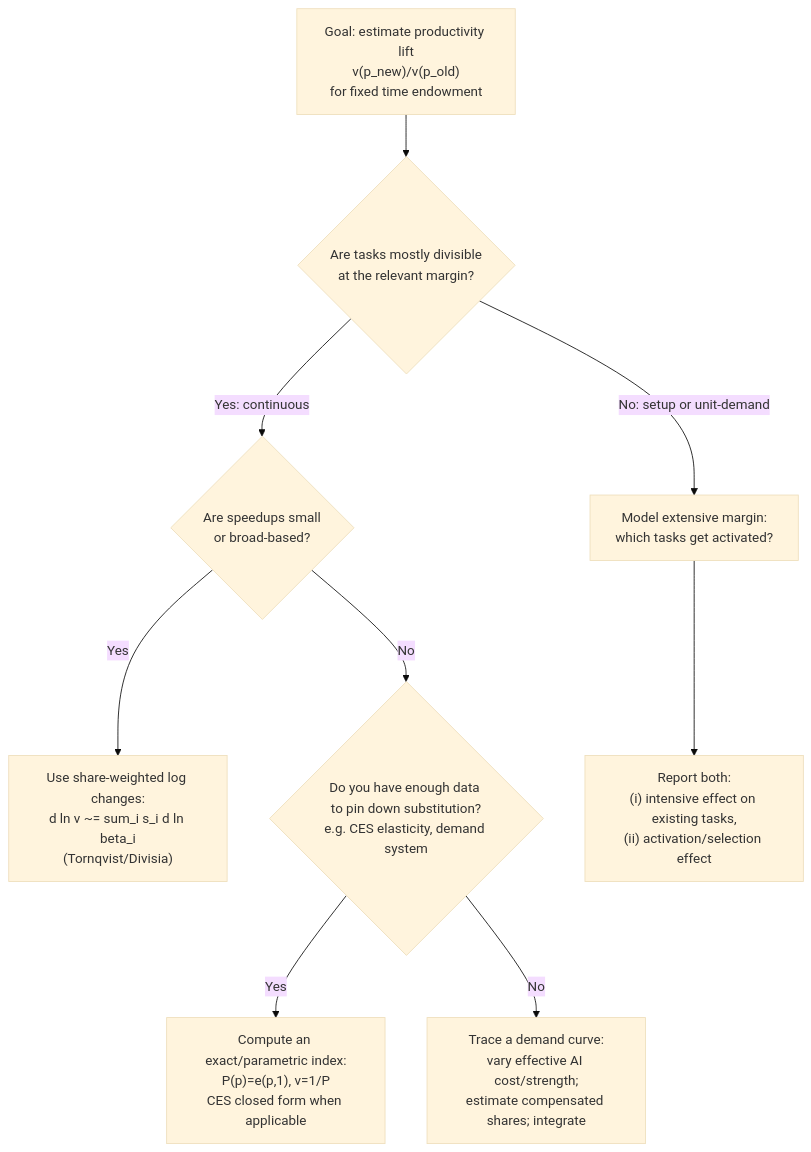
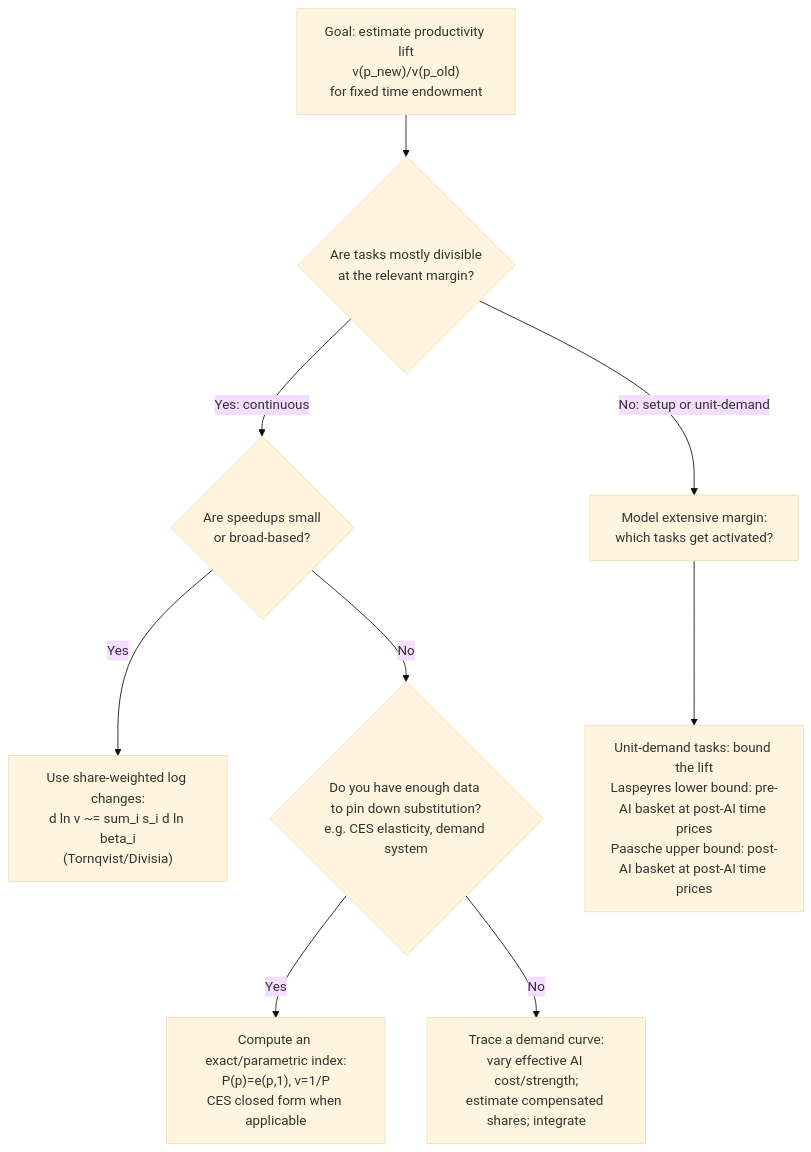
The diagram in posts/2025-12-17-llm-time-saving-demand-theory-substitution.llm.qmd (tecunningham/tecunningham.github.io), drawn with Mermaid (base theme) before and after one commit. The commit also changed other lines of this file and 2 other files, not shown here.

Commit message:
Restructure top Q&A; unit-demand bounds; remove checklist/diagrams

````diff
--- a/posts/2025-12-17-llm-time-saving-demand-theory-substitution.llm.qmd
+++ b/posts/2025-12-17-llm-time-saving-demand-theory-substitution.llm.qmd
@@ -300,13 +127,13 @@
 ```{mermaid}
 flowchart TD
   A["Goal: estimate productivity lift<br/>v(p_new)/v(p_old)<br/>for fixed time endowment"] --> B{"Are tasks mostly divisible<br/>at the relevant margin?"}
 
   B -->|Yes: continuous| C{"Are speedups small<br/>or broad-based?"}
   C -->|Yes| D["Use share-weighted log changes:<br/>d ln v ~= sum_i s_i d ln beta_i<br/>(Tornqvist/Divisia)"]
   C -->|No| E{"Do you have enough data to pin down substitution?<br/>e.g. CES elasticity, demand system"}
   E -->|Yes| F["Compute an exact/parametric index:<br/>P(p)=e(p,1), v=1/P<br/>CES closed form when applicable"]
   E -->|No| G["Trace a demand curve:<br/>vary effective AI cost/strength;<br/>estimate compensated shares; integrate"]
 
   B -->|No: setup or unit-demand| H["Model extensive margin:<br/>which tasks get activated?"]
-  H --> I["Report both:<br/>(i) intensive effect on existing tasks,<br/>(ii) activation/selection effect"]
+  H --> I["Unit-demand tasks: bound the lift<br/>Laspeyres lower bound: pre-AI basket at post-AI time prices<br/>Paasche upper bound: post-AI basket at post-AI time prices"]
 ```
````
